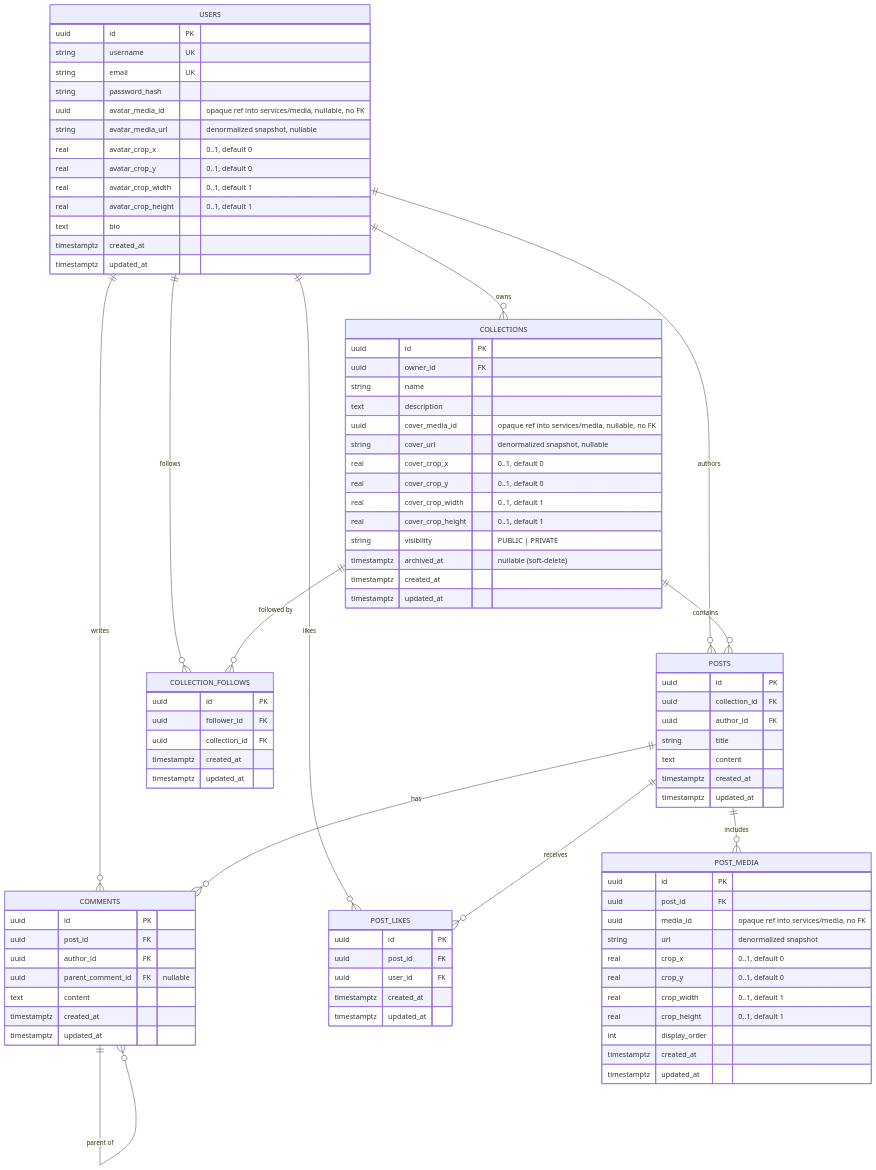
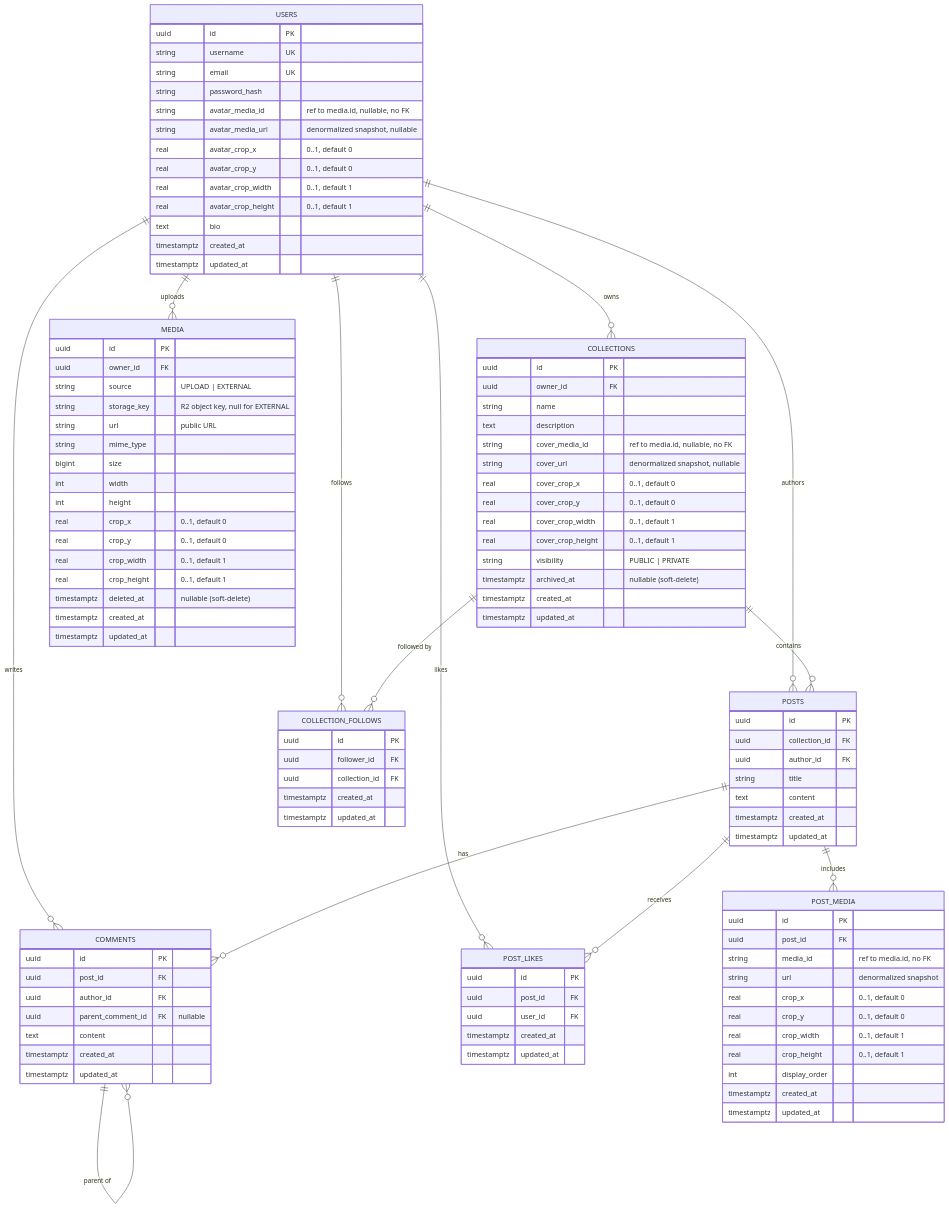
The diagram in docs/tech/db-schema.md (hdang-dev/dannest), drawn with Mermaid before and after one commit. The commit also changed other lines of this file and 56 other files, not shown here.

```diff
--- a/docs/tech/db-schema.md
+++ b/docs/tech/db-schema.md
@@ -28,6 +31,7 @@
     USERS ||--o{ POSTS : authors
     USERS ||--o{ COMMENTS : writes
     USERS ||--o{ POST_LIKES : likes
+    USERS ||--o{ MEDIA : uploads
     COLLECTIONS ||--o{ POSTS : contains
     POSTS ||--o{ POST_MEDIA : includes
     POSTS ||--o{ COMMENTS : has
@@ -36,12 +40,30 @@
     USERS ||--o{ COLLECTION_FOLLOWS : follows
     COLLECTIONS ||--o{ COLLECTION_FOLLOWS : "followed by"
 
+    MEDIA {
+        uuid id PK
+        uuid owner_id FK
+        string source "UPLOAD | EXTERNAL"
+        string storage_key "R2 object key, null for EXTERNAL"
+        string url "public URL"
+        string mime_type
+        bigint size
+        int width
+        int height
+        real crop_x "0..1, default 0"
+        real crop_y "0..1, default 0"
+        real crop_width "0..1, default 1"
+        real crop_height "0..1, default 1"
+        timestamptz deleted_at "nullable (soft-delete)"
+        timestamptz created_at
+        timestamptz updated_at
+    }
     USERS {
         uuid id PK
         string username UK
         string email UK
         string password_hash
-        uuid avatar_media_id "opaque ref into services/media, nullable, no FK"
+        string avatar_media_id "ref to media.id, nullable, no FK"
         string avatar_media_url "denormalized snapshot, nullable"
         real avatar_crop_x "0..1, default 0"
         real avatar_crop_y "0..1, default 0"
@@ -56,7 +78,7 @@
         uuid owner_id FK
         string name
         text description
-        uuid cover_media_id "opaque ref into services/media, nullable, no FK"
+        string cover_media_id "ref to media.id, nullable, no FK"
         string cover_url "denormalized snapshot, nullable"
         real cover_crop_x "0..1, default 0"
         real cover_crop_y "0..1, default 0"
@@ -79,7 +101,7 @@
     POST_MEDIA {
         uuid id PK
         uuid post_id FK
-        uuid media_id "opaque ref into services/media, no FK"
+        string media_id "ref to media.id, no FK"
         string url "denormalized snapshot"
         real crop_x "0..1, default 0"
         real crop_y "0..1, default 0"
```
